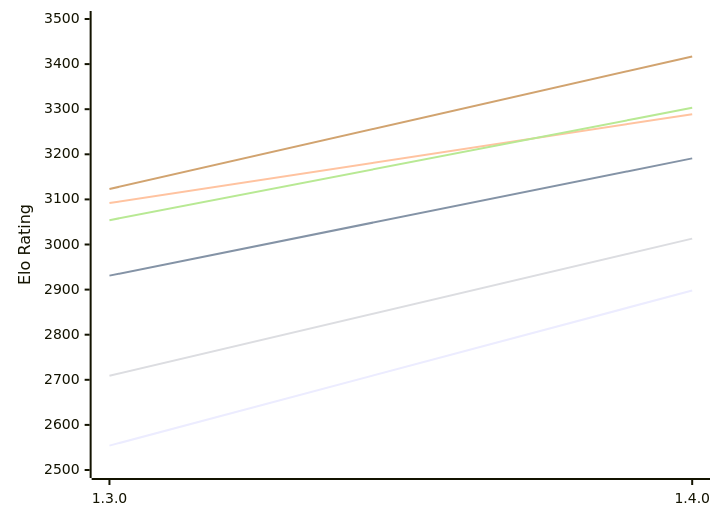
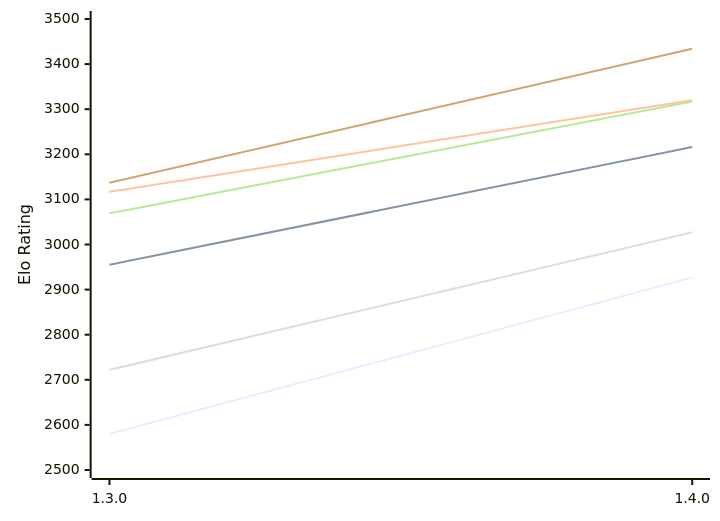
The first of 2 diagrams in engines/Ember.md (computer-chess-index/cci), drawn with Mermaid before and after one commit. The commit also changed other lines of this file, not shown here.

Commit message:
Update CCI Ratings (ELO VLTC) - 2026-10-24

````diff
--- a/engines/Ember.md
+++ b/engines/Ember.md
@@ -51,12 +51,12 @@
 ```mermaid
 %%{init: {"theme":"base","themeVariables":{"seriesColors:['#a3a3a3','#222221','#faa371']}}}%%
 xychart-beta
   x-axis ["1.3.0", "1.4.0"]
   y-axis "Elo Rating" 2500 --> 3500
-  line "E1: STC (8.0+0.08s)" [2554, 2898]
-  line "E1: LTC (60.0+0.60s)" [2931, 3191]
-  line "E1: VLTC (2m24s+1.12s)" [3092, 3289]
-  line "P1: STC (8.0+0.08s)" [2709, 3013]
-  line "P1: LTC (60.0+0.60s)" [3054, 3303]
-  line "P1: VLTC (2m24s+1.12s)" [3123, 3417]
+  line "E1: STC (8.0+0.08s)" [2580, 2927]
+  line "E1: LTC (60.0+0.60s)" [2955, 3216]
+  line "E1: VLTC (2m24s+1.12s)" [3117, 3320]
+  line "P1: STC (8.0+0.08s)" [2722, 3027]
+  line "P1: LTC (60.0+0.60s)" [3069, 3317]
+  line "P1: VLTC (2m24s+1.12s)" [3137, 3434]
 ```
````
